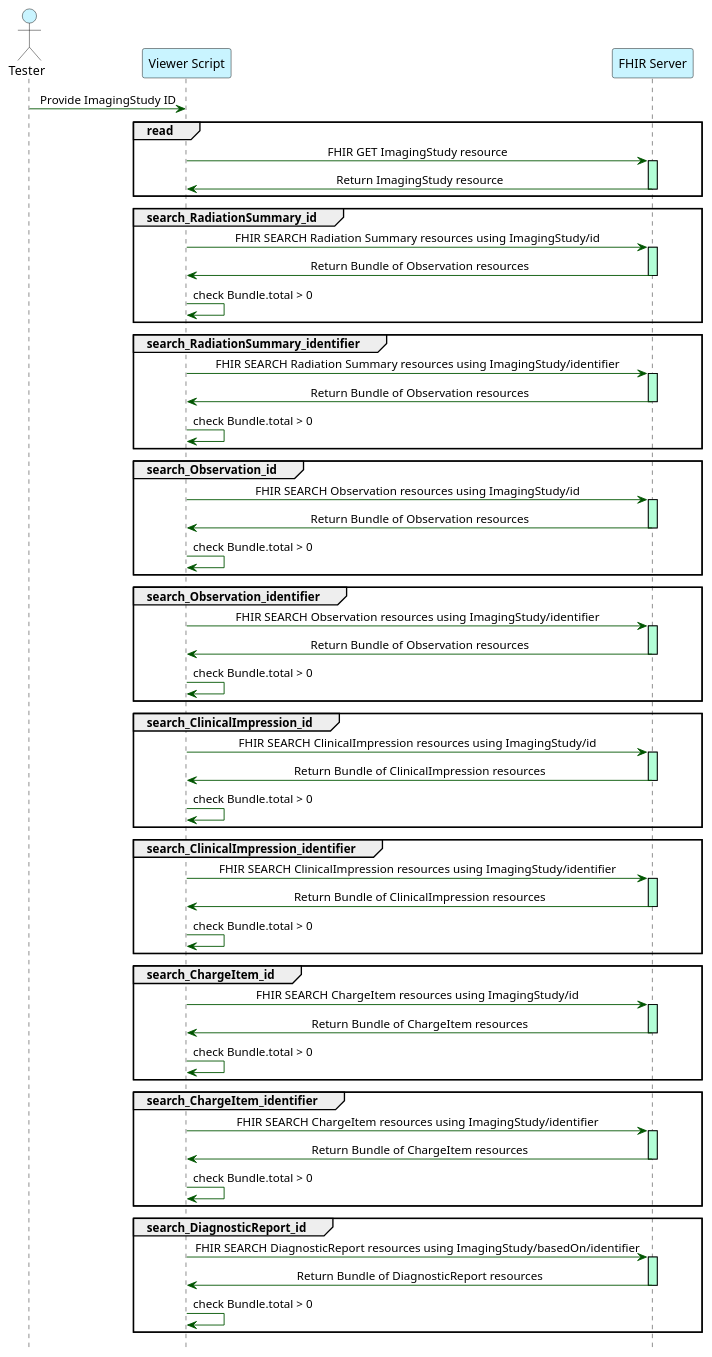
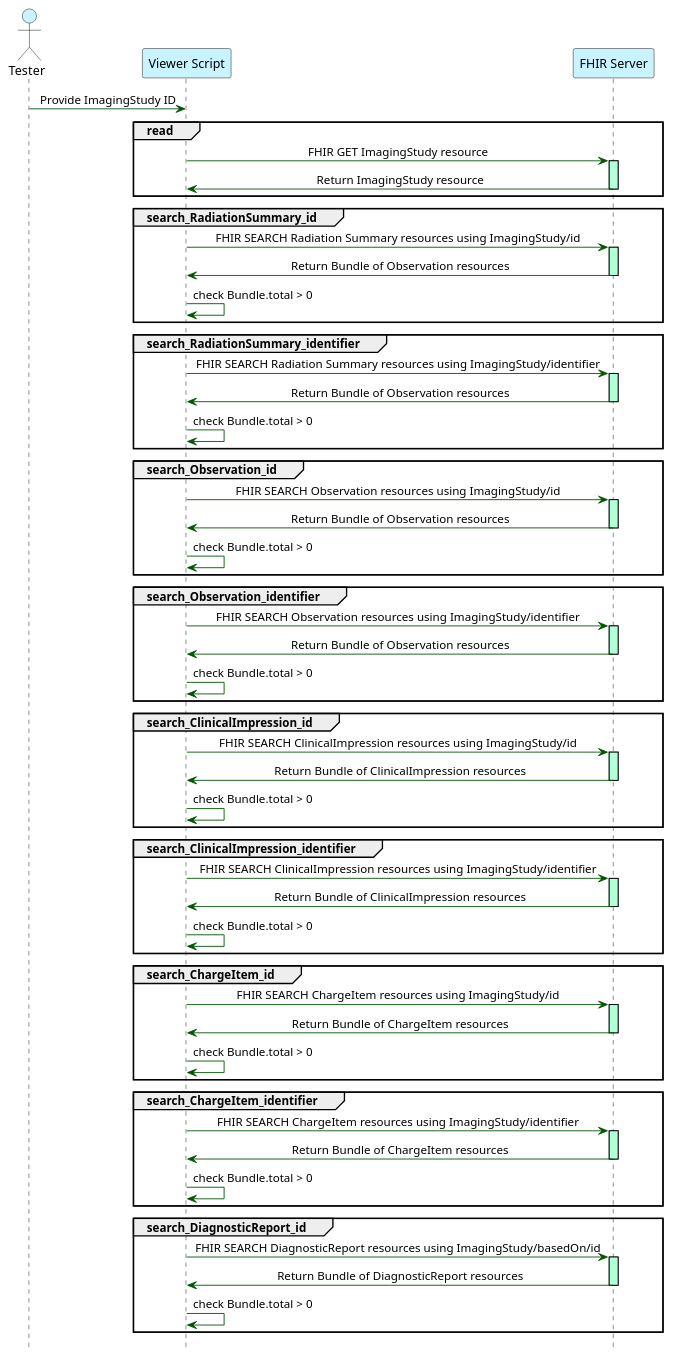
One commit to aboufahj/imagingtrack-testscripts changed the diagram in documentation/FHIREnhancedViewer_AssociatedResources.plantuml. Above: the diagram before and after it, drawn with PlantUML. The commit also changed 2 other files, not shown here.

Commit message:
dix diagram and docs

```diff
--- a/documentation/FHIREnhancedViewer_AssociatedResources.plantuml
+++ b/documentation/FHIREnhancedViewer_AssociatedResources.plantuml
@@ -1,106 +1,106 @@
 @startuml
 hide footbox
 skinparam sequenceMessageAlign center
 skinparam sequence {
   ArrowColor #005500
   LifeLineBorderColor Black
   ActorFontColor Black
   ActorBorderColor Black
   ParticipantBorderColor Black
   ParticipantBackgroundColor #c9f4ff
   ActorBackgroundColor #c9f4ff
 }
 
 actor "Tester" as tester
 participant "Viewer Script" as viewer
 participant "FHIR Server" as server
 
 tester -> viewer : Provide ImagingStudy ID
 
 group read
   viewer -> server : FHIR GET ImagingStudy resource
   activate server #b3ffd7
   server  -> viewer: Return ImagingStudy resource
   deactivate server
 end
 
 group search_RadiationSummary_id
   viewer -> server : FHIR SEARCH Radiation Summary resources using ImagingStudy/id
   activate server #b3ffd7
   server  -> viewer: Return Bundle of Observation resources
   deactivate server
 
   viewer -> viewer : check Bundle.total > 0
 end
 
 group search_RadiationSummary_identifier
   viewer -> server : FHIR SEARCH Radiation Summary resources using ImagingStudy/identifier
   activate server #b3ffd7
   server  -> viewer: Return Bundle of Observation resources
   deactivate server
   viewer -> viewer : check Bundle.total > 0
 end
 
 group search_Observation_id
   viewer -> server : FHIR SEARCH Observation resources using ImagingStudy/id
   activate server #b3ffd7
   server  -> viewer: Return Bundle of Observation resources
   deactivate server
 
   viewer -> viewer : check Bundle.total > 0
 end
 
 group search_Observation_identifier
   viewer -> server : FHIR SEARCH Observation resources using ImagingStudy/identifier
   activate server #b3ffd7
   server  -> viewer: Return Bundle of Observation resources
   deactivate server
 
   viewer -> viewer : check Bundle.total > 0
 end
 
 group search_ClinicalImpression_id
   viewer -> server : FHIR SEARCH ClinicalImpression resources using ImagingStudy/id
   activate server #b3ffd7
   server  -> viewer: Return Bundle of ClinicalImpression resources
   deactivate server
 
   viewer -> viewer : check Bundle.total > 0
 end
 
 group search_ClinicalImpression_identifier
   viewer -> server : FHIR SEARCH ClinicalImpression resources using ImagingStudy/identifier
   activate server #b3ffd7
   server  -> viewer: Return Bundle of ClinicalImpression resources
   deactivate server
 
   viewer -> viewer : check Bundle.total > 0
 end
 
 group search_ChargeItem_id
   viewer -> server : FHIR SEARCH ChargeItem resources using ImagingStudy/id
   activate server #b3ffd7
   server  -> viewer: Return Bundle of ChargeItem resources
   deactivate server
 
   viewer -> viewer : check Bundle.total > 0
 end
 
 group search_ChargeItem_identifier
   viewer -> server : FHIR SEARCH ChargeItem resources using ImagingStudy/identifier
   activate server #b3ffd7
   server  -> viewer: Return Bundle of ChargeItem resources
   deactivate server
 
   viewer -> viewer : check Bundle.total > 0
 end
 
 group search_DiagnosticReport_id
-  viewer -> server : FHIR SEARCH DiagnosticReport resources using ImagingStudy/basedOn/identifier
+  viewer -> server : FHIR SEARCH DiagnosticReport resources using ImagingStudy/basedOn/id
   activate server #b3ffd7
   server  -> viewer: Return Bundle of DiagnosticReport resources
   deactivate server
 
   viewer -> viewer : check Bundle.total > 0
 end
 @enduml
```
